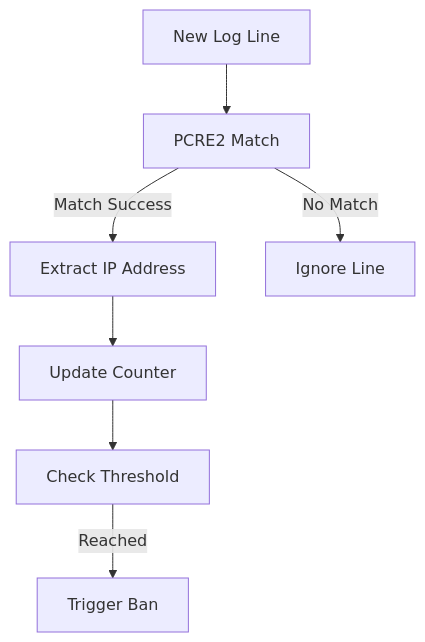
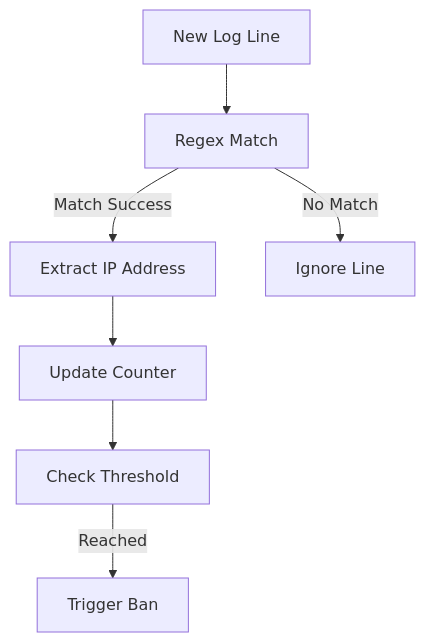
One commit to SnowCore8/linux-firewall-kmod changed the third of 6 diagrams in docs/en/architecture/daemon.md. Above: the diagram before and after it, drawn with Mermaid. The commit also changed other lines of this file and 35 other files, not shown here.

````diff
--- a/docs/en/architecture/daemon.md
+++ b/docs/en/architecture/daemon.md
@@ -140,9 +120,9 @@
 ```mermaid
 graph TB
-    A["New Log Line"] --> B["PCRE2 Match"]
+    A["New Log Line"] --> B["Regex Match"]
     B -->|Match Success| C["Extract IP Address"]
     C --> D["Update Counter"]
     D --> E["Check Threshold"]
     E -->|Reached| F["Trigger Ban"]
     B -->|No Match| G["Ignore Line"]
 ```
````
